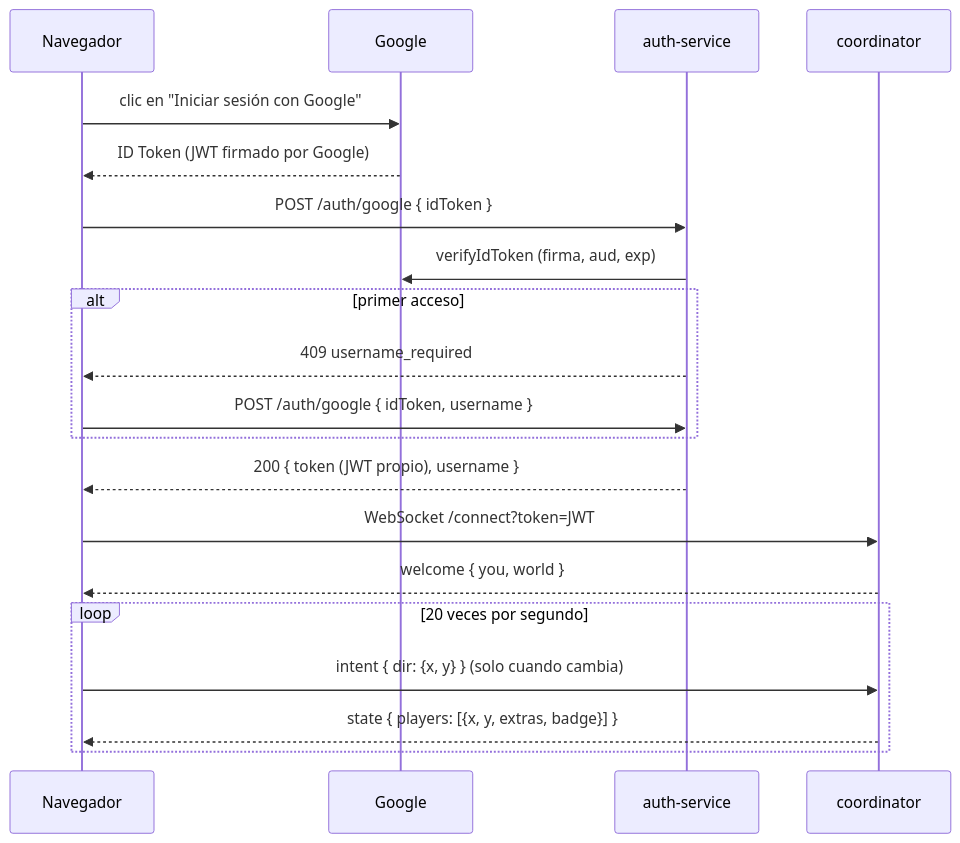
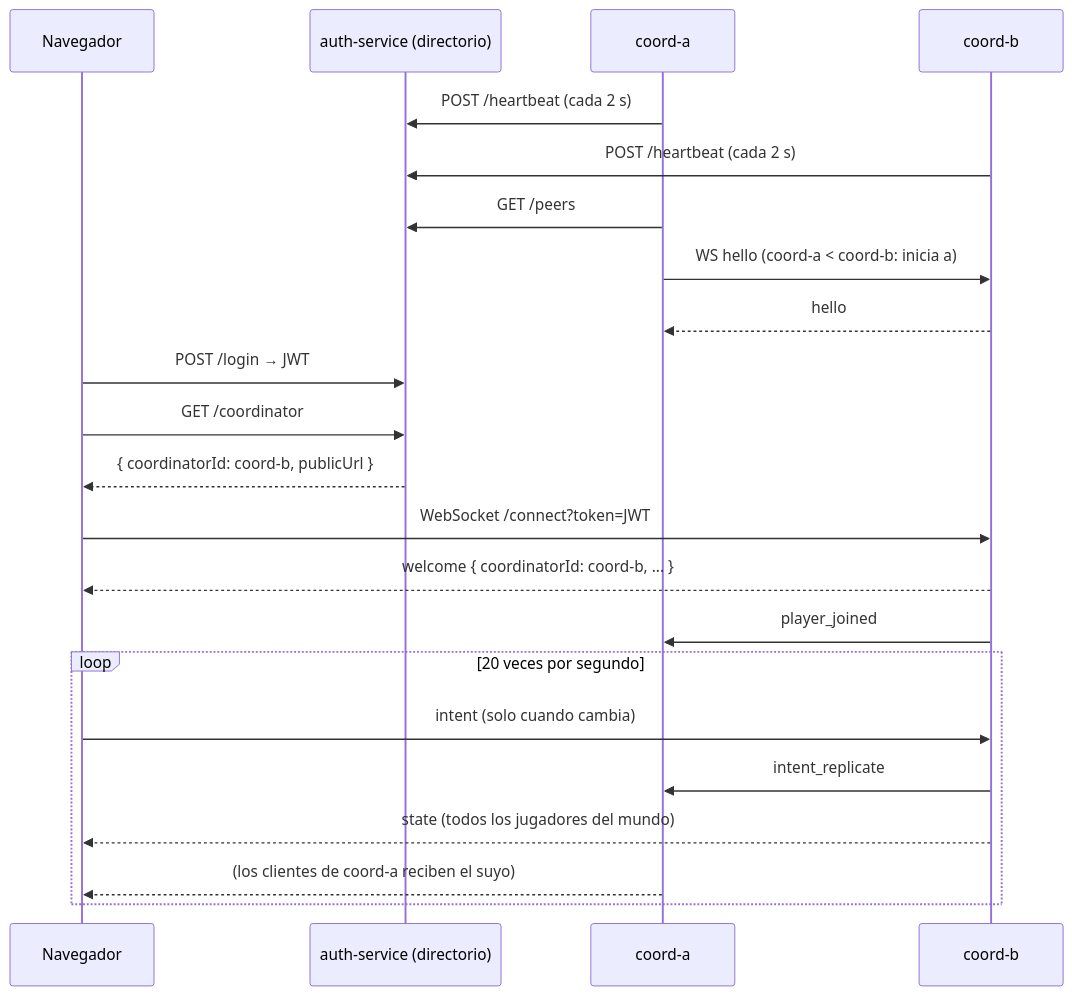
One commit to jenifferGom/taller1-auth changed the diagram in README.md. Above: the diagram before and after it, drawn with Mermaid. The commit also changed other lines of this file and 3 other files, not shown here.

````diff
--- a/README.md
+++ b/README.md
@@ -76,22 +78,24 @@
 ```mermaid
 sequenceDiagram
     participant N as Navegador
-    participant G as Google
-    participant A as auth-service
-    participant C as coordinator
-    N->>G: clic en "Iniciar sesión con Google"
-    G-->>N: ID Token (JWT firmado por Google)
-    N->>A: POST /auth/google { idToken }
-    A->>G: verifyIdToken (firma, aud, exp)
-    alt primer acceso
-        A-->>N: 409 username_required
-        N->>A: POST /auth/google { idToken, username }
-    end
-    A-->>N: 200 { token (JWT propio), username }
-    N->>C: WebSocket /connect?token=JWT
-    C-->>N: welcome { you, world }
+    participant A as auth-service (directorio)
+    participant C1 as coord-a
+    participant C2 as coord-b
+    C1->>A: POST /heartbeat (cada 2 s)
+    C2->>A: POST /heartbeat (cada 2 s)
+    C1->>A: GET /peers
+    C1->>C2: WS hello (coord-a < coord-b: inicia a)
+    C2-->>C1: hello
+    N->>A: POST /login → JWT
+    N->>A: GET /coordinator
+    A-->>N: { coordinatorId: coord-b, publicUrl }
+    N->>C2: WebSocket /connect?token=JWT
+    C2-->>N: welcome { coordinatorId: coord-b, ... }
+    C2->>C1: player_joined
     loop 20 veces por segundo
-        N->>C: intent { dir: {x, y} }   (solo cuando cambia)
-        C-->>N: state { players: [{x, y, extras, badge}] }
+        N->>C2: intent (solo cuando cambia)
+        C2->>C1: intent_replicate
+        C2-->>N: state (todos los jugadores del mundo)
+        C1-->>N: (los clientes de coord-a reciben el suyo)
     end
 ```
````
